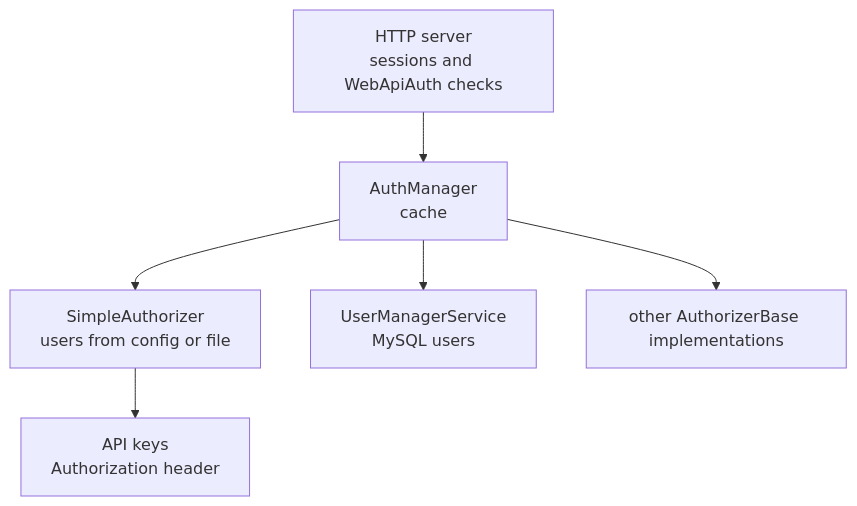
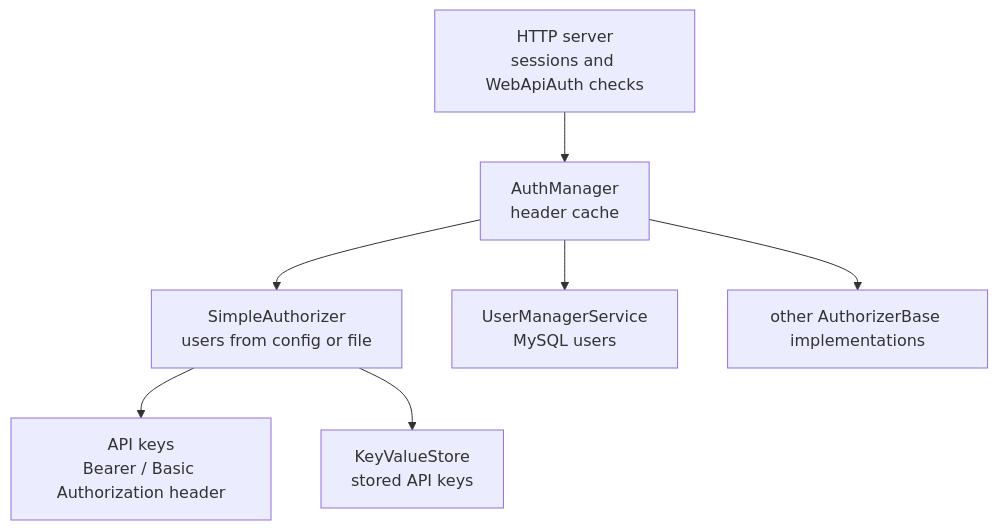
The diagram in SysWeaver.Auth.Core/README.md (dosh1974/SysWeaver), drawn with Mermaid before and after one commit. The commit also changed other lines of this file and 537 other files, not shown here.

````diff
--- a/SysWeaver.Auth.Core/README.md
+++ b/SysWeaver.Auth.Core/README.md
@@ -18,8 +18,9 @@
 ```mermaid
 flowchart TB
-  Http["HTTP server<br/>sessions and WebApiAuth checks"] --> AM["AuthManager<br/>cache"]
+  Http["HTTP server<br/>sessions and WebApiAuth checks"] --> AM["AuthManager<br/>header cache"]
   AM --> A1["SimpleAuthorizer<br/>users from config or file"]
   AM --> A2["UserManagerService<br/>MySQL users"]
   AM --> A3["other AuthorizerBase implementations"]
-  A1 --> Keys["API keys<br/>Authorization header"]
+  A1 --> Keys["API keys<br/>Bearer / Basic Authorization header"]
+  A1 --> KVS["KeyValueStore<br/>stored API keys"]
 ```
````
